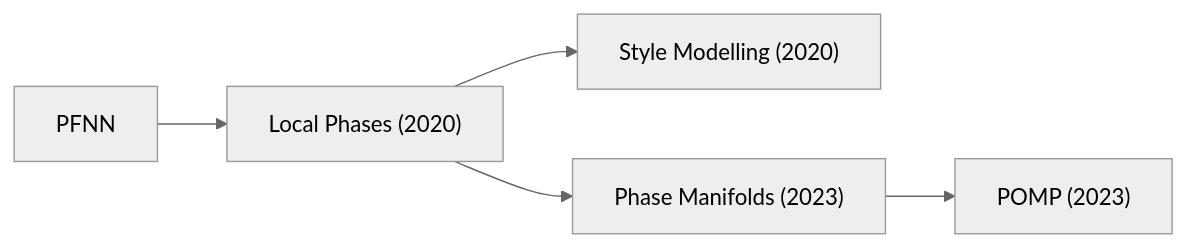
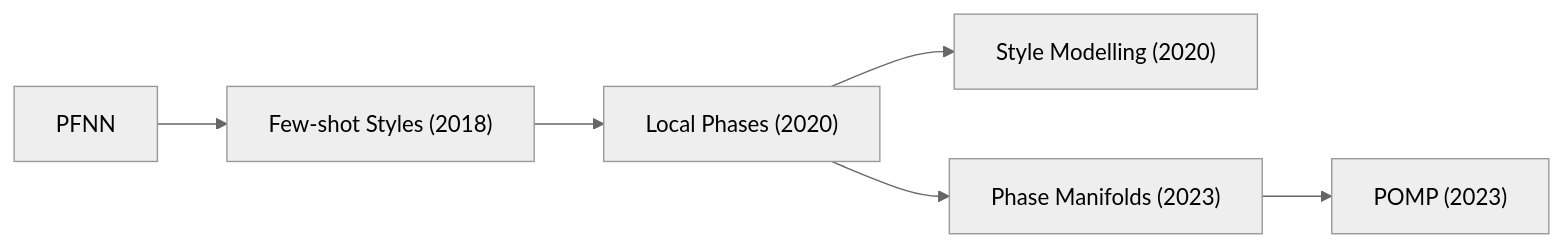
The second of 27 diagrams in src/Locomotion_Survey.md (CaterpillarStudyGroup/GAMES105_mdbook), drawn with Mermaid (neutral theme) before and after one commit. The commit also changed other lines of this file, not shown here.

First line of the commit message:
Add 214 (Few-shot Locomotion Styles, EG 2018) to Locomotion Survey

````diff
--- a/src/Locomotion_Survey.md
+++ b/src/Locomotion_Survey.md
@@ -85,7 +85,8 @@
 ```mermaid
 flowchart LR
-    PFNN --> LP["Local Phases (2020)"]
+    PFNN --> FS["Few-shot Styles (2018)"]
+    FS --> LP["Local Phases (2020)"]
     LP --> SM["Style Modelling (2020)"]
     LP --> PM["Phase Manifolds (2023)"]
     PM --> POMP["POMP (2023)"]
 ```
````
